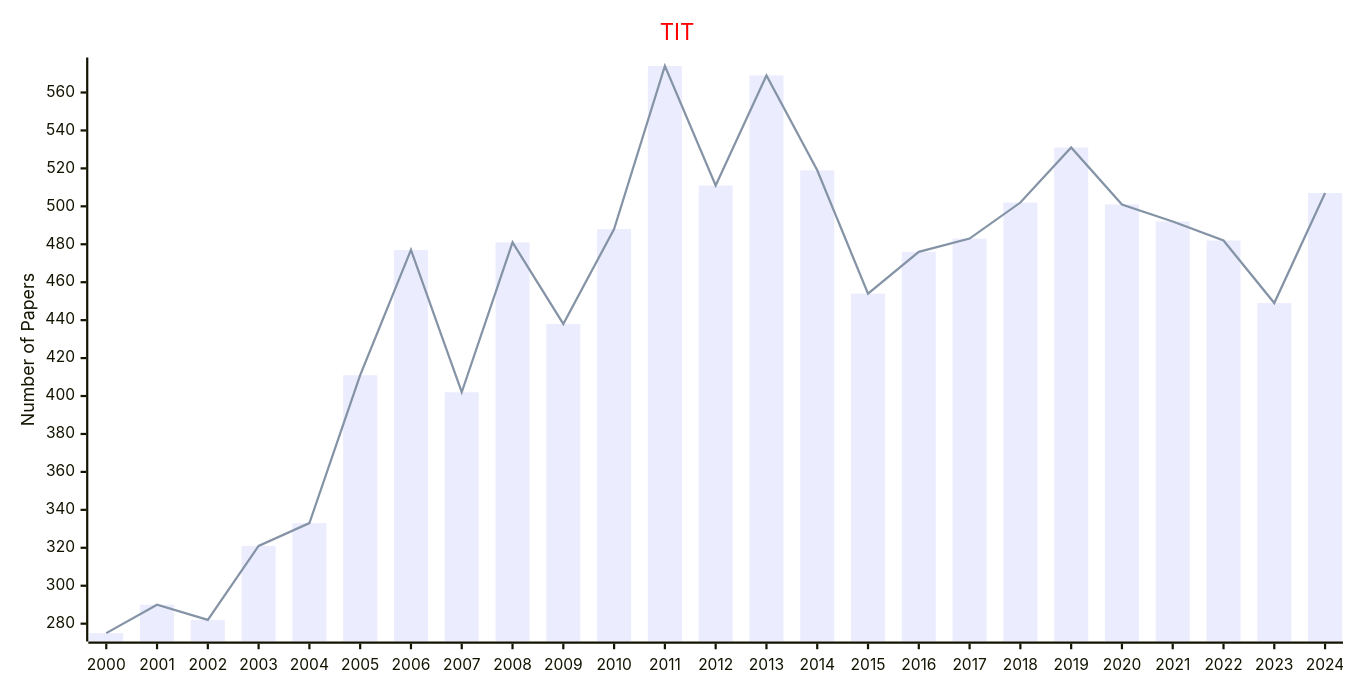
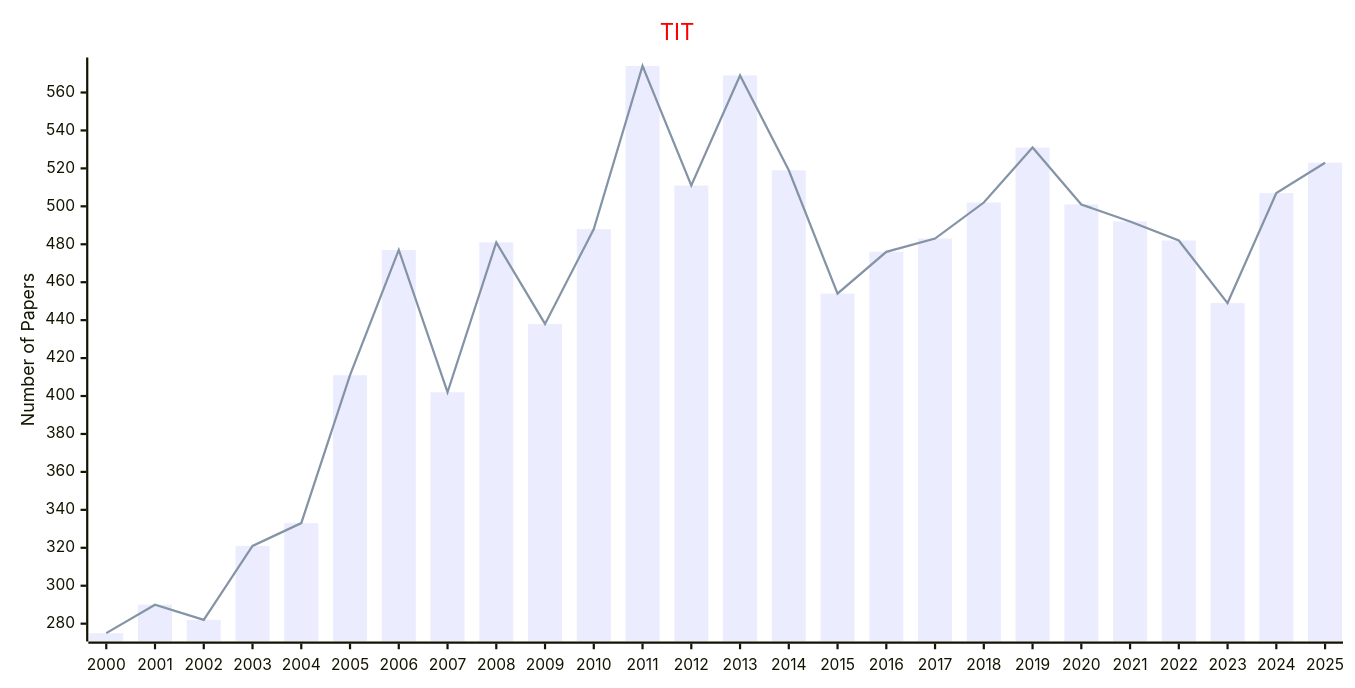
The third of 5 diagrams in docs/data/Journals/Statistics_Journals/Information.md (Easy-PhD/AILinks), drawn with Mermaid before and after one commit. The commit also changed other lines of this file and 107 other files, not shown here.

````diff
--- a/docs/data/Journals/Statistics_Journals/Information.md
+++ b/docs/data/Journals/Statistics_Journals/Information.md
@@ -57,17 +57,17 @@
 ```mermaid
 ---
 config:
     xyChart:
         width: 1200
         height: 600
     themeVariables:
         xyChart:
             titleColor: "#ff0000"
 ---
 xychart-beta
     title "TIT"
-    x-axis [2000, 2001, 2002, 2003, 2004, 2005, 2006, 2007, 2008, 2009, 2010, 2011, 2012, 2013, 2014, 2015, 2016, 2017, 2018, 2019, 2020, 2021, 2022, 2023, 2024]
+    x-axis [2000, 2001, 2002, 2003, 2004, 2005, 2006, 2007, 2008, 2009, 2010, 2011, 2012, 2013, 2014, 2015, 2016, 2017, 2018, 2019, 2020, 2021, 2022, 2023, 2024, 2025]
     y-axis "Number of Papers"
-    bar [275, 290, 282, 321, 333, 411, 477, 402, 481, 438, 488, 574, 511, 569, 519, 454, 476, 483, 502, 531, 501, 492, 482, 449, 507]
-    line [275, 290, 282, 321, 333, 411, 477, 402, 481, 438, 488, 574, 511, 569, 519, 454, 476, 483, 502, 531, 501, 492, 482, 449, 507]
+    bar [275, 290, 282, 321, 333, 411, 477, 402, 481, 438, 488, 574, 511, 569, 519, 454, 476, 483, 502, 531, 501, 492, 482, 449, 507, 523]
+    line [275, 290, 282, 321, 333, 411, 477, 402, 481, 438, 488, 574, 511, 569, 519, 454, 476, 483, 502, 531, 501, 492, 482, 449, 507, 523]
 ```
````
